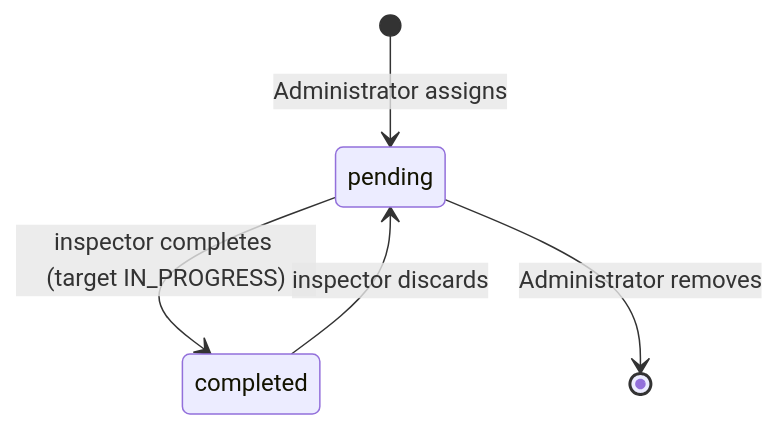
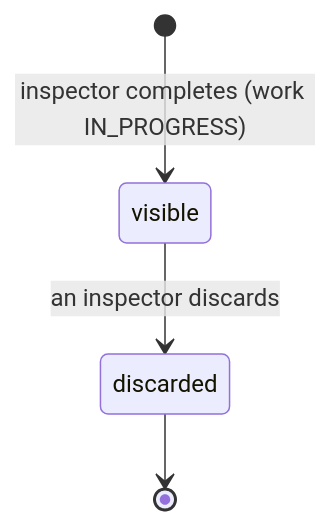
The second of 4 diagrams in .design/inspection.md (lucianotavernard/umbrielship), drawn with Mermaid before and after one commit. The commit also changed other lines of this file and 2 other files, not shown here.

````diff
--- a/.design/inspection.md
+++ b/.design/inspection.md
@@ -100,7 +100,6 @@
 ```mermaid
 stateDiagram-v2
-  [*] --> pending: Administrator assigns
-  pending --> completed: inspector completes (target IN_PROGRESS)
-  completed --> pending: inspector discards
-  pending --> [*]: Administrator removes
+  [*] --> visible: inspector completes (work IN_PROGRESS)
+  visible --> discarded: an inspector discards
+  discarded --> [*]
 ```
````
